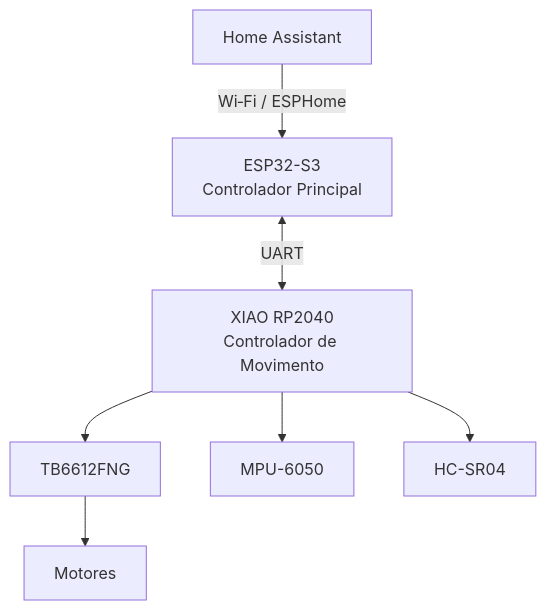
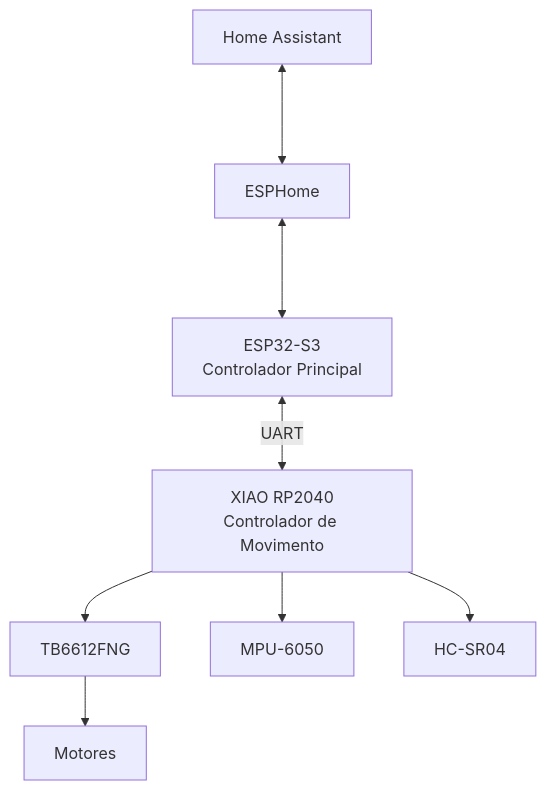
Before and after one commit to acravo1/AEGIS-Home-Guardian: the diagram in docs/docs/architecture.md, drawn with Mermaid. The commit also changed other lines of this file, not shown here.

````diff
--- a/docs/docs/architecture.md
+++ b/docs/docs/architecture.md
@@ -29,17 +3,21 @@
 ```mermaid
 flowchart TD
 
     HA["Home Assistant"]
+    ESPHOME["ESPHome"]
+
     ESP["ESP32-S3<br/>Controlador Principal"]
+
     RP["XIAO RP2040<br/>Controlador de Movimento"]
 
-    HA -->|Wi‑Fi / ESPHome| ESP
+    HA <---> ESPHOME
+    ESPHOME <---> ESP
 
     ESP <-->|UART| RP
 
     RP --> TB["TB6612FNG"]
     RP --> MPU["MPU-6050"]
-    RP --> US["HC-SR04"]
+    RP --> HCSR["HC-SR04"]
 
-    TB --> M["Motores"]
+    TB --> MOTOR["Motores"]
 ```
````
